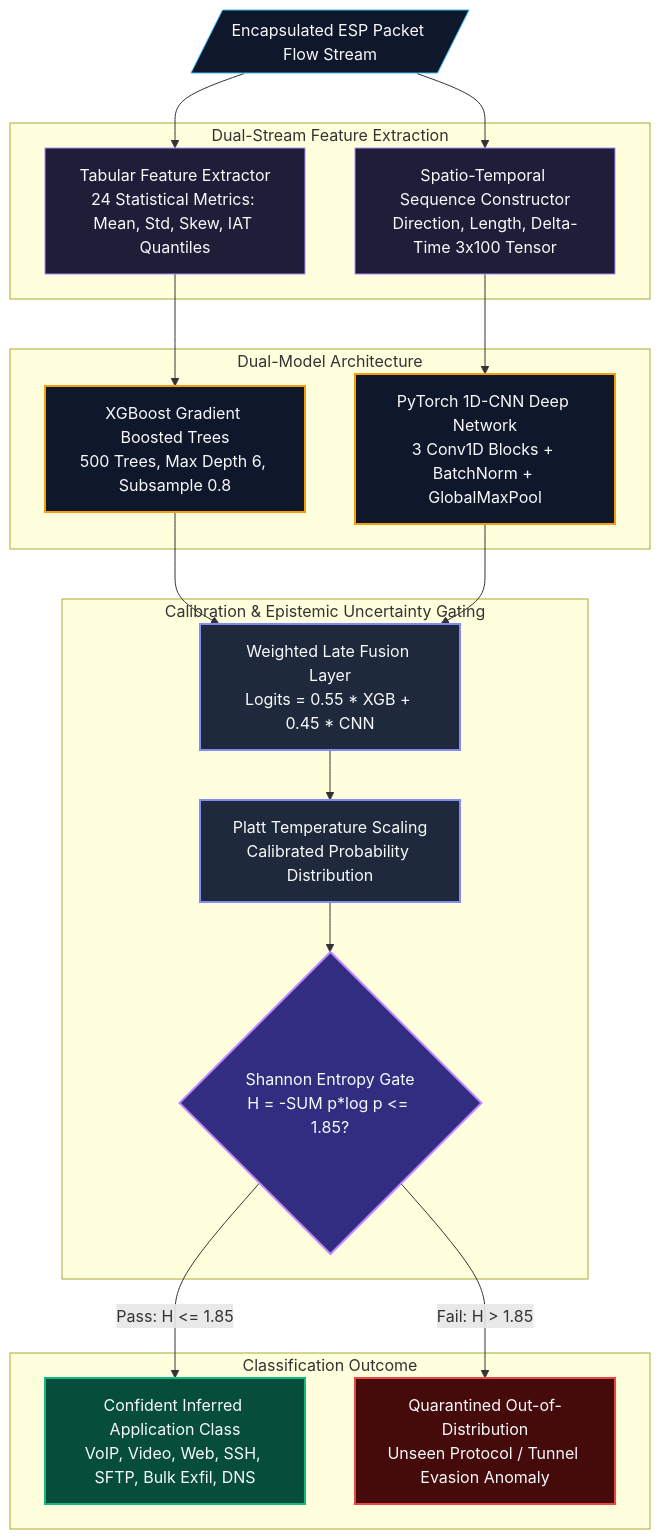
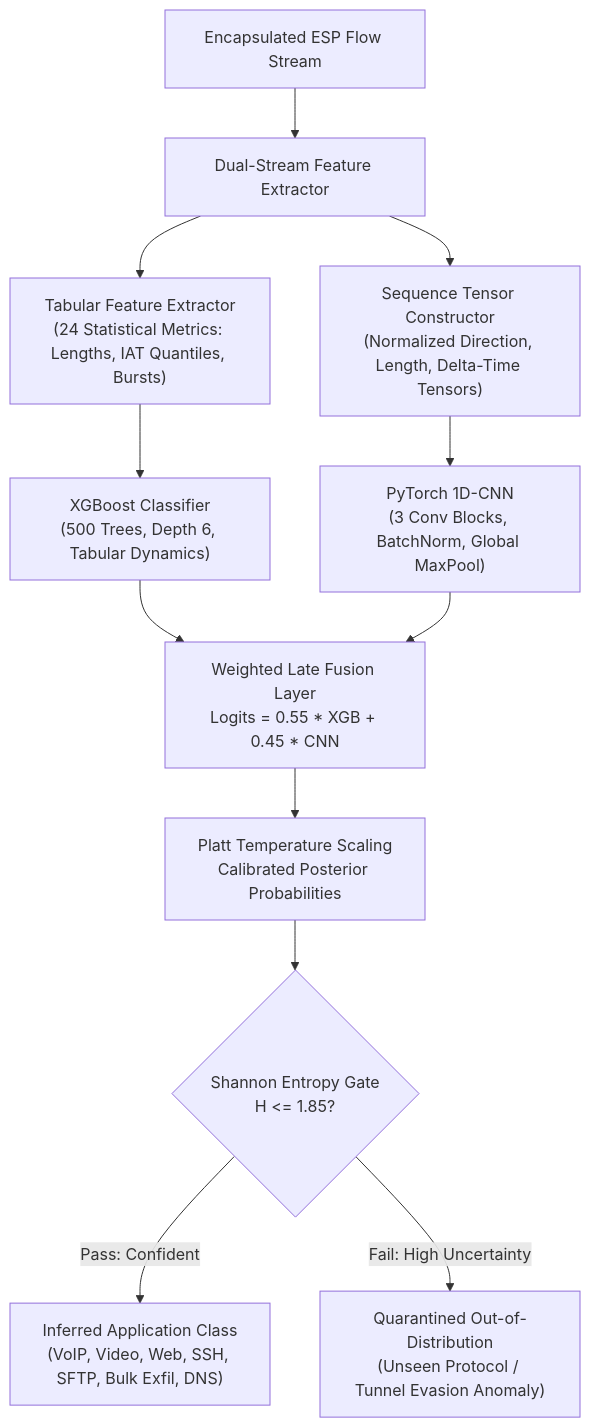
The third of 5 diagrams in README.md (sharancode3/TunnelTrace-AI), drawn with Mermaid before and after one commit. The commit also changed other lines of this file, not shown here.

Commit message:
docs: standardize all README diagrams to clean uncolored monochrome Mermaid syntax matching system architecture reference

````diff
--- a/README.md
+++ b/README.md
@@ -183,48 +137,19 @@
 ```mermaid
 graph TD
-    classDef stream fill:#0f172a,stroke:#38bdf8,stroke-width:1px,color:#f8fafc;
-    classDef feat fill:#1e1e38,stroke:#a78bfa,stroke-width:1px,color:#f8fafc;
-    classDef model fill:#0f172a,stroke:#f59e0b,stroke-width:2px,color:#f8fafc;
-    classDef fusion fill:#1e293b,stroke:#818cf8,stroke-width:2px,color:#f8fafc;
-    classDef gate fill:#312e81,stroke:#c084fc,stroke-width:2px,color:#f8fafc;
-    classDef passed fill:#064e3b,stroke:#10b981,stroke-width:2px,color:#f8fafc;
-    classDef ood fill:#450a0a,stroke:#ef4444,stroke-width:2px,color:#f8fafc;
+    ESP_FLOW["Encapsulated ESP Flow Stream"] --> SPLIT_FEAT["Dual-Stream Feature Extractor"]
 
-    RAW_ESP[/Encapsulated ESP Packet Flow Stream/]:::stream
+    SPLIT_FEAT --> FEAT_TAB["Tabular Feature Extractor<br/>(24 Statistical Metrics: Lengths, IAT Quantiles, Bursts)"]
+    SPLIT_FEAT --> FEAT_SEQ["Sequence Tensor Constructor<br/>(Normalized Direction, Length, Delta-Time Tensors)"]
 
-    subgraph FeatureEngineering [Dual-Stream Feature Extraction]
-        FEAT_TAB[Tabular Feature Extractor<br/>24 Statistical Metrics: Mean, Std, Skew, IAT Quantiles]:::feat
-        FEAT_SEQ[Spatio-Temporal Sequence Constructor<br/>Direction, Length, Delta-Time 3x100 Tensor]:::feat
-    end
+    FEAT_TAB --> XGB["XGBoost Classifier<br/>(500 Trees, Depth 6, Tabular Dynamics)"]
+    FEAT_SEQ --> CNN["PyTorch 1D-CNN<br/>(3 Conv Blocks, BatchNorm, Global MaxPool)"]
 
-    subgraph ModelHeads [Dual-Model Architecture]
-        MODEL_XGB[XGBoost Gradient Boosted Trees<br/>500 Trees, Max Depth 6, Subsample 0.8]:::model
-        MODEL_CNN[PyTorch 1D-CNN Deep Network<br/>3 Conv1D Blocks + BatchNorm + GlobalMaxPool]:::model
-    end
+    XGB --> FUSION["Weighted Late Fusion Layer<br/>Logits = 0.55 * XGB + 0.45 * CNN"]
+    CNN --> FUSION
 
-    subgraph PostProcessing [Calibration & Epistemic Uncertainty Gating]
-        FUSION[Weighted Late Fusion Layer<br/>Logits = 0.55 * XGB + 0.45 * CNN]:::fusion
-        PLATT[Platt Temperature Scaling<br/>Calibrated Probability Distribution]:::fusion
-        GATE{Shannon Entropy Gate<br/>H = -SUM p*log p <= 1.85?}:::gate
-    end
+    FUSION --> PLATT["Platt Temperature Scaling<br/>Calibrated Posterior Probabilities"]
+    PLATT --> GATE{"Shannon Entropy Gate<br/>H <= 1.85?"}
 
-    subgraph DecisionOutput [Classification Outcome]
-        PRED_KNOWN[Confident Inferred Application Class<br/>VoIP, Video, Web, SSH, SFTP, Bulk Exfil, DNS]:::passed
-        PRED_OOD[Quarantined Out-of-Distribution<br/>Unseen Protocol / Tunnel Evasion Anomaly]:::ood
-    end
-
-    RAW_ESP --> FEAT_TAB
-    RAW_ESP --> FEAT_SEQ
-
-    FEAT_TAB --> MODEL_XGB
-    FEAT_SEQ --> MODEL_CNN
-
-    MODEL_XGB --> FUSION
-    MODEL_CNN --> FUSION
-
-    FUSION --> PLATT
-    PLATT --> GATE
-
-    GATE -->|Pass: H <= 1.85| PRED_KNOWN
-    GATE -->|Fail: H > 1.85| PRED_OOD
+    GATE -->|"Pass: Confident"| PREDICTED["Inferred Application Class<br/>(VoIP, Video, Web, SSH, SFTP, Bulk Exfil, DNS)"]
+    GATE -->|"Fail: High Uncertainty"| OOD["Quarantined Out-of-Distribution<br/>(Unseen Protocol / Tunnel Evasion Anomaly)"]
 ```
````
